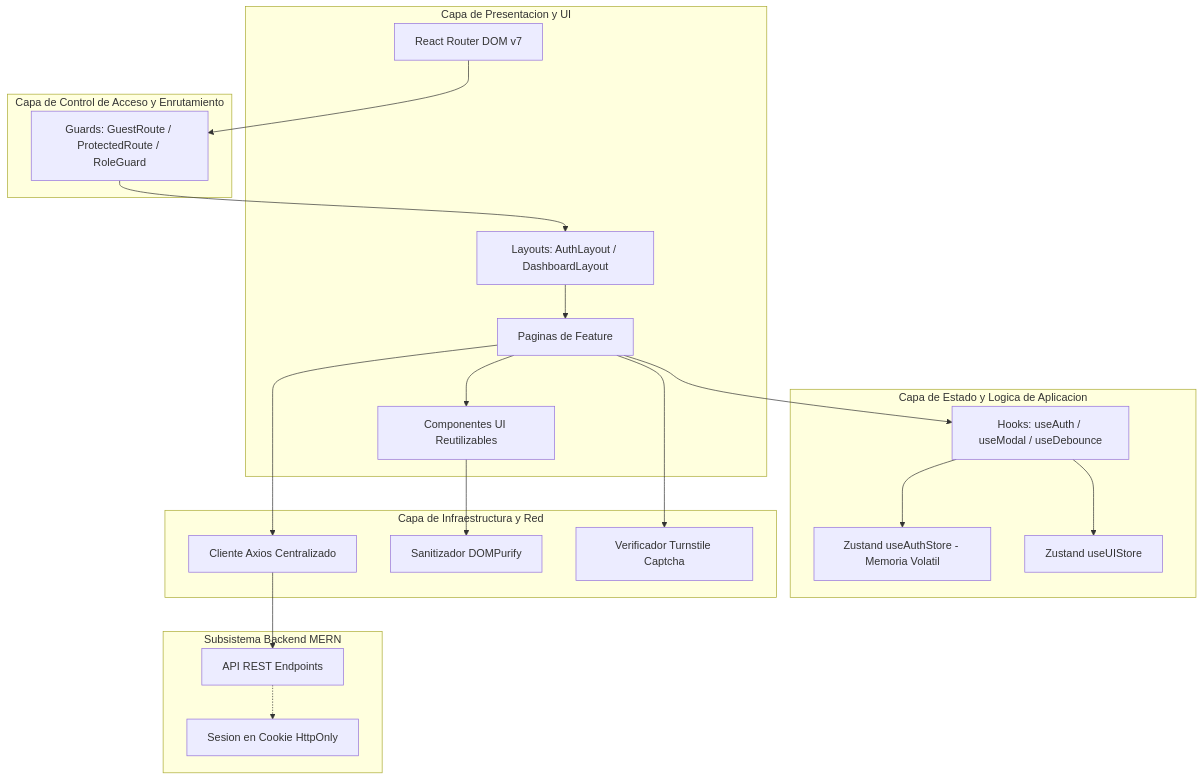
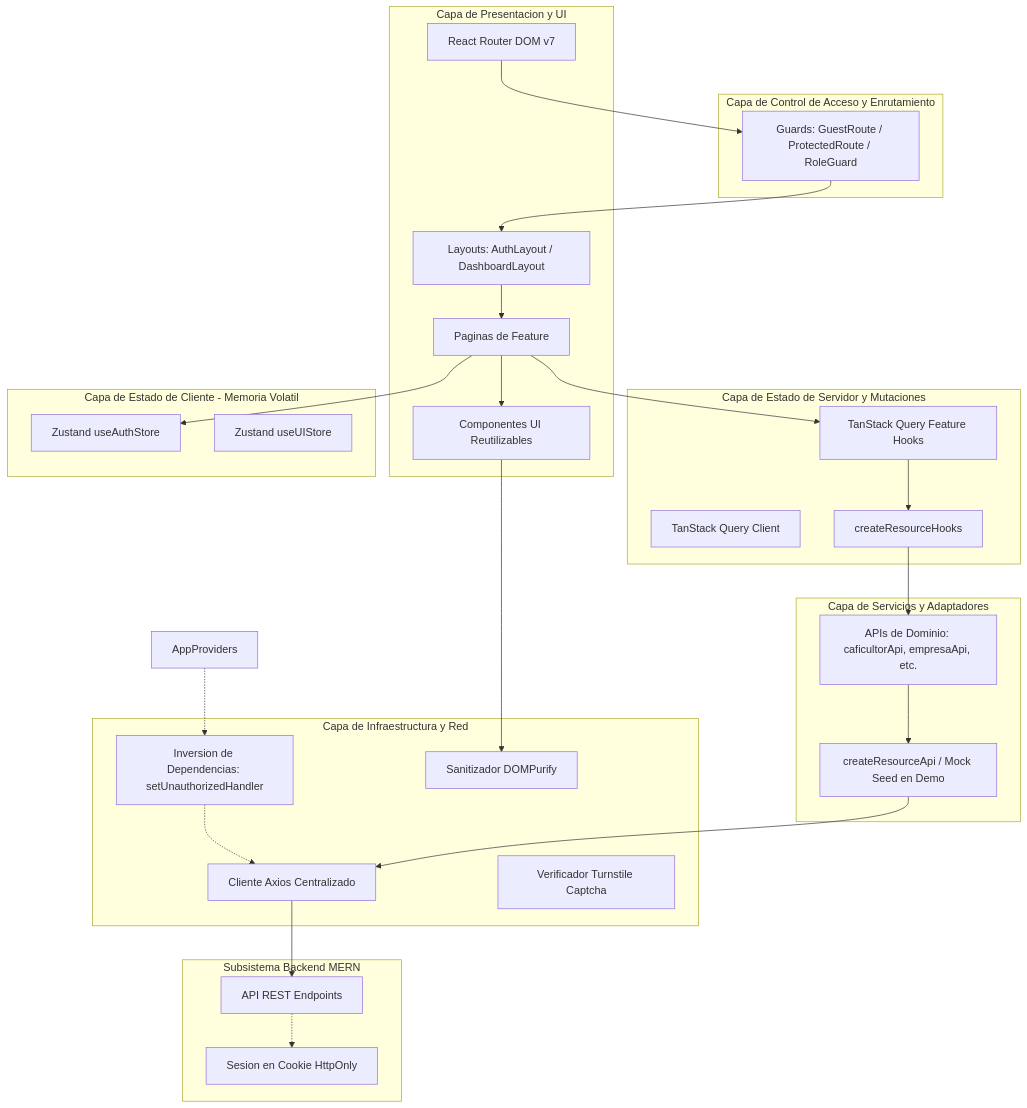
Before and after one commit to Eider-Polar/conexcoffee: the first of 4 diagrams in ARCHITECTURE.md, drawn with Mermaid. The commit also changed other lines of this file and 96 other files, not shown here.

````diff
--- a/ARCHITECTURE.md
+++ b/ARCHITECTURE.md
@@ -24,43 +24,57 @@
 ```mermaid
 flowchart TD
     subgraph CapaPresentacion [Capa de Presentacion y UI]
         Router[React Router DOM v7]
         Layouts[Layouts: AuthLayout / DashboardLayout]
         Pages[Paginas de Feature]
         Components[Componentes UI Reutilizables]
     end
 
     subgraph CapaControlAcceso [Capa de Control de Acceso y Enrutamiento]
         Guards[Guards: GuestRoute / ProtectedRoute / RoleGuard]
     end
 
-    subgraph CapaEstado [Capa de Estado y Logica de Aplicacion]
-        AuthStore[Zustand useAuthStore - Memoria Volatil]
+    subgraph CapaDatosServidor [Capa de Estado de Servidor y Mutaciones]
+        QueryHooks[TanStack Query Feature Hooks]
+        QueryClient[TanStack Query Client]
+        ResourceHooks[createResourceHooks]
+    end
+
+    subgraph CapaServiciosAPI [Capa de Servicios y Adaptadores]
+        ResourceAPI[createResourceApi / Mock Seed en Demo]
+        FeatureAPI[APIs de Dominio: caficultorApi, empresaApi, etc.]
+    end
+
+    subgraph CapaEstadoCliente [Capa de Estado de Cliente - Memoria Volatil]
+        AuthStore[Zustand useAuthStore]
         UIStore[Zustand useUIStore]
-        CustomHooks[Hooks: useAuth / useModal / useDebounce]
     end
 
     subgraph CapaInfraestructura [Capa de Infraestructura y Red]
         AxiosClient[Cliente Axios Centralizado]
+        DepInversion[Inversion de Dependencias: setUnauthorizedHandler]
         Sanitizer[Sanitizador DOMPurify]
         CaptchaModule[Verificador Turnstile Captcha]
     end
 
     subgraph ServidorBackend [Subsistema Backend MERN]
         APIEndpoints[API REST Endpoints]
         HttpOnlyCookie[Sesion en Cookie HttpOnly]
     end
 
     Router --> Guards
     Guards --> Layouts
     Layouts --> Pages
     Pages --> Components
-    Pages --> CustomHooks
-    CustomHooks --> AuthStore
-    CustomHooks --> UIStore
-    Pages --> AxiosClient
-    Pages --> CaptchaModule
+    Pages --> QueryHooks
+    Pages --> AuthStore
+    QueryHooks --> ResourceHooks
+    ResourceHooks --> FeatureAPI
+    FeatureAPI --> ResourceAPI
+    ResourceAPI --> AxiosClient
+    AppProviders -.-> DepInversion
+    DepInversion -.-> AxiosClient
     Components --> Sanitizer
     AxiosClient --> APIEndpoints
     APIEndpoints -.-> HttpOnlyCookie
 ```
````
